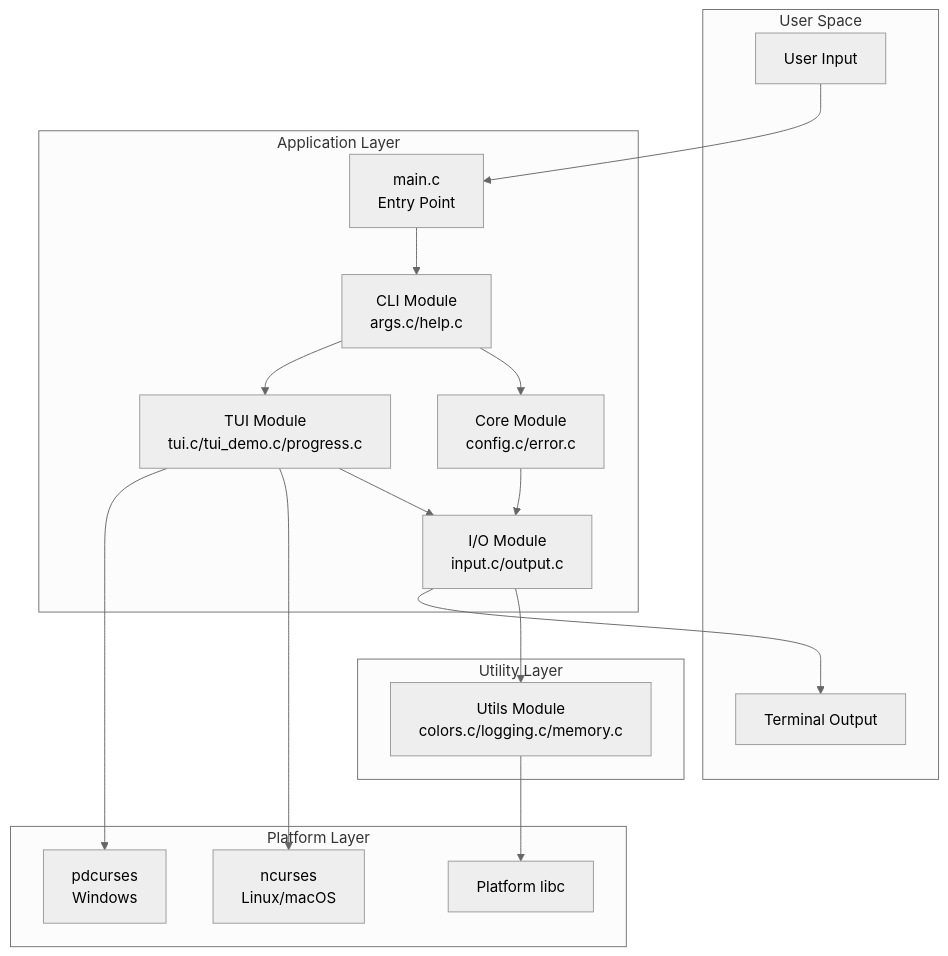
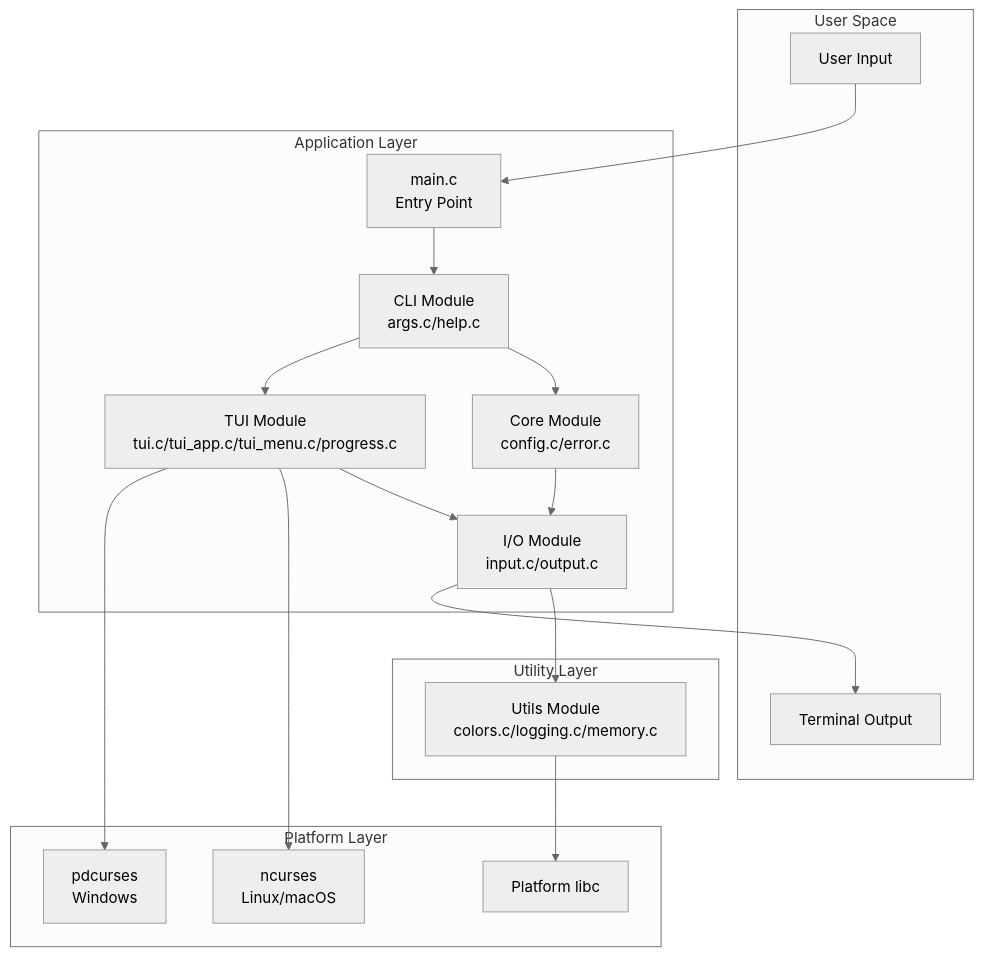
The first of 7 diagrams in docs/ARCHITECTURE.md (sammyjoyce/c23-cli-template), drawn with Mermaid (neutral theme) before and after one commit. The commit also changed other lines of this file and 50 other files, not shown here.

First line of the commit message:
feat(tui): reference-grade TUI menu with mnemonics, search, mouse, and detail pane (#19)

````diff
--- a/docs/ARCHITECTURE.md
+++ b/docs/ARCHITECTURE.md
@@ -16,37 +16,37 @@
 ```mermaid
 graph TB
     subgraph "User Space"
         USER[User Input]
         TERM[Terminal Output]
     end
 
     subgraph "Application Layer"
         MAIN[main.c<br/>Entry Point]
         CLI[CLI Module<br/>args.c/help.c]
         CORE[Core Module<br/>config.c/error.c]
-        TUI[TUI Module<br/>tui.c/tui_demo.c/progress.c]
+        TUI[TUI Module<br/>tui.c/tui_app.c/tui_menu.c/progress.c]
         IO[I/O Module<br/>input.c/output.c]
     end
 
     subgraph "Utility Layer"
         UTILS[Utils Module<br/>colors.c/logging.c/memory.c]
     end
 
     subgraph "Platform Layer"
         NCURSES[ncurses<br/>Linux/macOS]
         PDCURSES[pdcurses<br/>Windows]
         LIBC[Platform libc]
     end
 
     USER --> MAIN
     MAIN --> CLI
     CLI --> CORE
     CLI --> TUI
     CORE --> IO
     TUI --> IO
     IO --> UTILS
     TUI --> NCURSES
     TUI --> PDCURSES
     UTILS --> LIBC
     IO --> TERM
 ```
````
